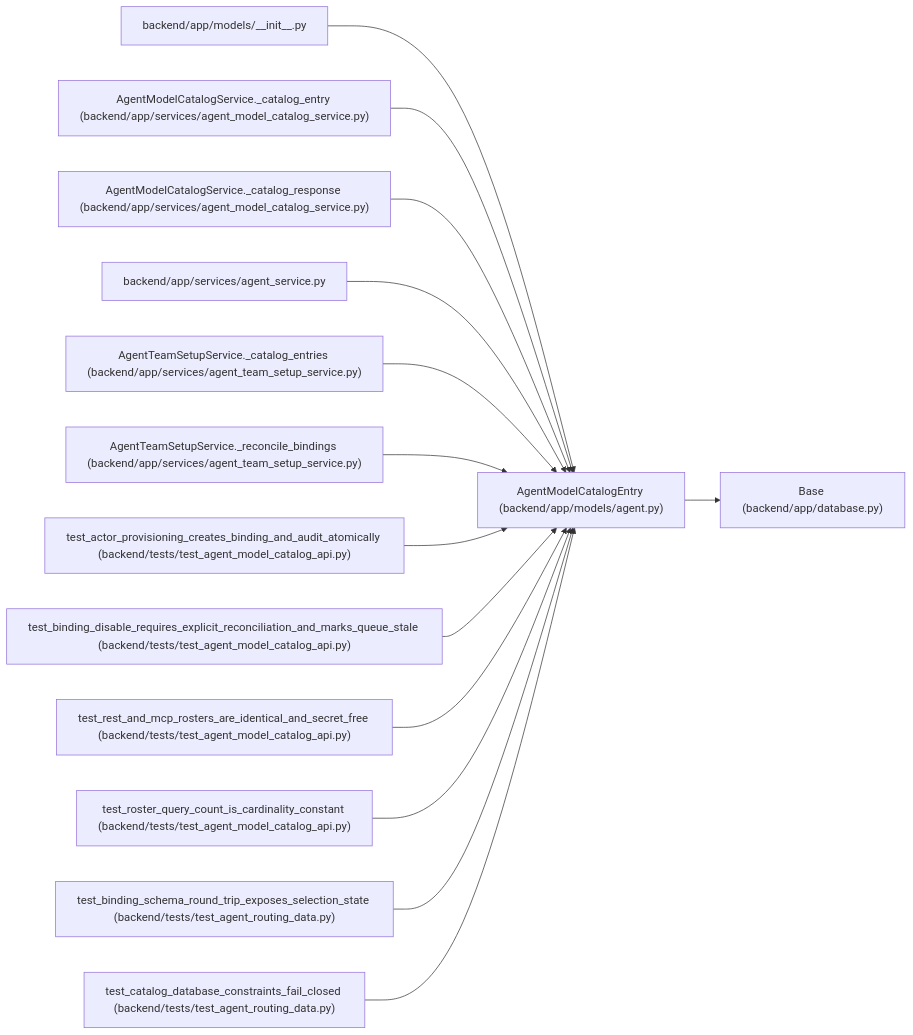
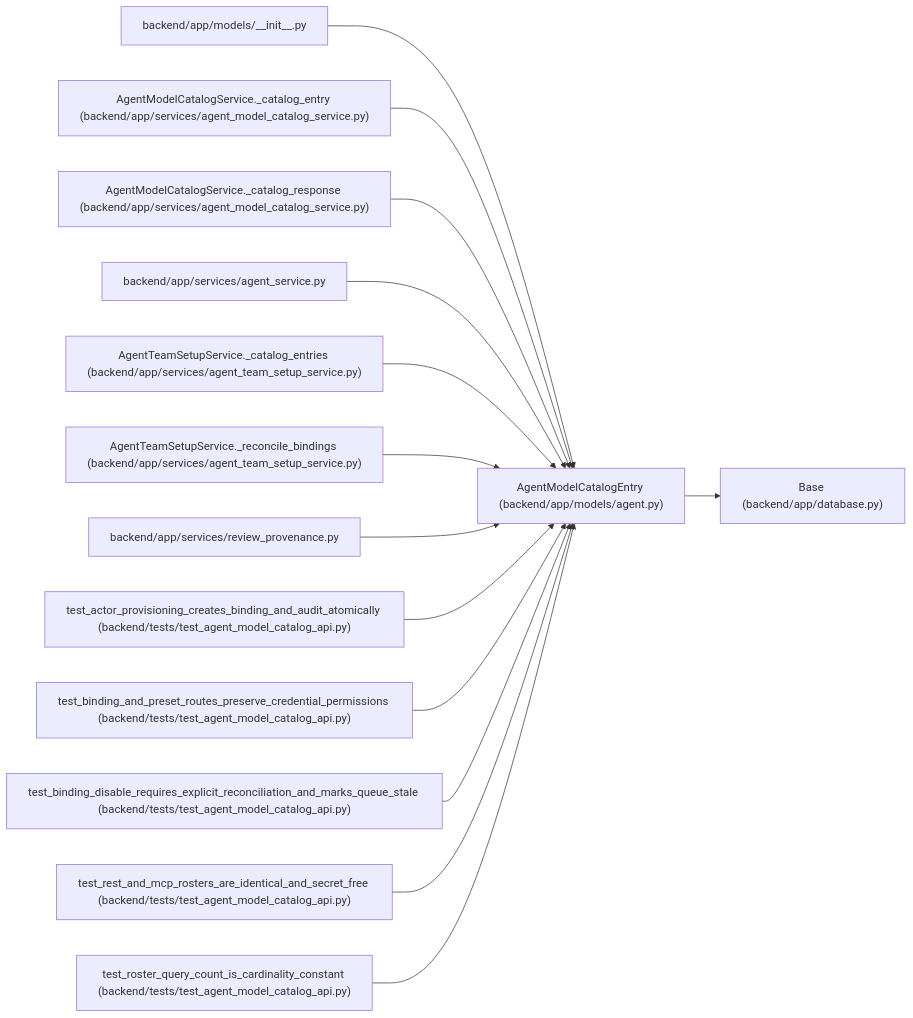
One commit to Denissvgn/WorkChord changed the diagram in docs/llm_wiki/entities/models_agent_AgentModelCatalogEntry.md. Above: the diagram before and after it, drawn with Mermaid. The commit also changed other lines of this file and 2373 other files, not shown here.

Commit message:
Refresh workspace and agent review documentation

````diff
--- a/docs/llm_wiki/entities/models_agent_AgentModelCatalogEntry.md
+++ b/docs/llm_wiki/entities/models_agent_AgentModelCatalogEntry.md
@@ -39,44 +40,44 @@
 ```mermaid
 flowchart LR
     n0["AgentModelCatalogEntry (backend/app/models/agent.py)"]
     n1["Base (backend/app/database.py)"]
     n2["backend/app/models/__init__.py"]
     n3["AgentModelCatalogService._catalog_entry (backend/app/services/agent_model_catalog_service.py)"]
     n4["AgentModelCatalogService._catalog_response (backend/app/services/agent_model_catalog_service.py)"]
     n5["backend/app/services/agent_service.py"]
     n6["AgentTeamSetupService._catalog_entries (backend/app/services/agent_team_setup_service.py)"]
     n7["AgentTeamSetupService._reconcile_bindings (backend/app/services/agent_team_setup_service.py)"]
-    n8["test_actor_provisioning_creates_binding_and_audit_atomically (backend/tests/test_agent_model_catalog_api.py)"]
-    n9["test_binding_disable_requires_explicit_reconciliation_and_marks_queue_stale (backend/tests/test_agent_model_catalog_api.py)"]
-    n10["test_rest_and_mcp_rosters_are_identical_and_secret_free (backend/tests/test_agent_model_catalog_api.py)"]
-    n11["test_roster_query_count_is_cardinality_constant (backend/tests/test_agent_model_catalog_api.py)"]
-    n12["test_binding_schema_round_trip_exposes_selection_state (backend/tests/test_agent_routing_data.py)"]
-    n13["test_catalog_database_constraints_fail_closed (backend/tests/test_agent_routing_data.py)"]
+    n8["backend/app/services/review_provenance.py"]
+    n9["test_actor_provisioning_creates_binding_and_audit_atomically (backend/tests/test_agent_model_catalog_api.py)"]
+    n10["test_binding_and_preset_routes_preserve_credential_permissions (backend/tests/test_agent_model_catalog_api.py)"]
+    n11["test_binding_disable_requires_explicit_reconciliation_and_marks_queue_stale (backend/tests/test_agent_model_catalog_api.py)"]
+    n12["test_rest_and_mcp_rosters_are_identical_and_secret_free (backend/tests/test_agent_model_catalog_api.py)"]
+    n13["test_roster_query_count_is_cardinality_constant (backend/tests/test_agent_model_catalog_api.py)"]
     n0 --> n1
     n2 --> n0
     n3 --> n0
     n4 --> n0
     n5 --> n0
     n6 --> n0
     n7 --> n0
     n8 --> n0
     n9 --> n0
     n10 --> n0
     n11 --> n0
     n12 --> n0
     n13 --> n0
     click n0 "../modules/models_agent.md"
     click n1 "../modules/app_database.md"
     click n2 "../modules/models___init__.md"
     click n3 "../modules/agent_model_catalog_service.md"
     click n4 "../modules/agent_model_catalog_service.md"
     click n5 "../modules/agent_service.md"
     click n6 "../modules/agent_team_setup_service.md"
     click n7 "../modules/agent_team_setup_service.md"
-    click n8 "../modules/test_agent_model_catalog_api.md"
+    click n8 "../modules/review_provenance.md"
     click n9 "../modules/test_agent_model_catalog_api.md"
     click n10 "../modules/test_agent_model_catalog_api.md"
     click n11 "../modules/test_agent_model_catalog_api.md"
-    click n12 "../modules/test_agent_routing_data.md"
-    click n13 "../modules/test_agent_routing_data.md"
+    click n12 "../modules/test_agent_model_catalog_api.md"
+    click n13 "../modules/test_agent_model_catalog_api.md"
 ```
````
